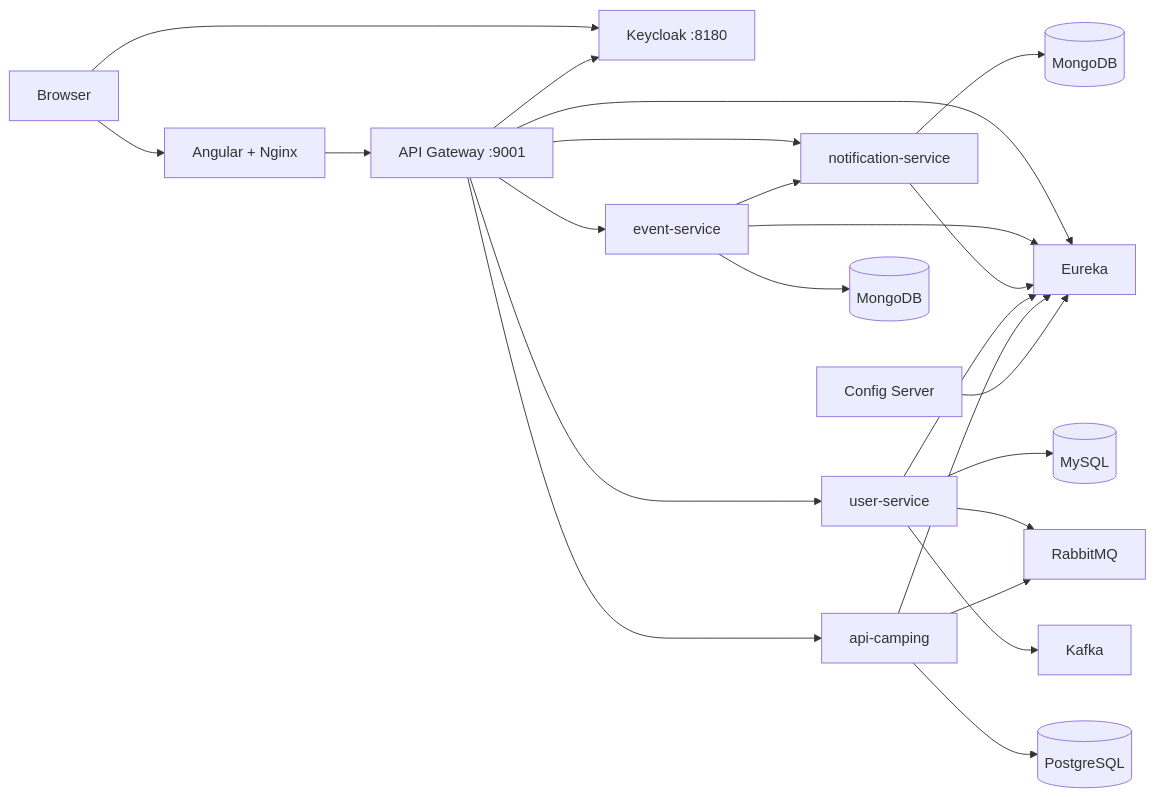
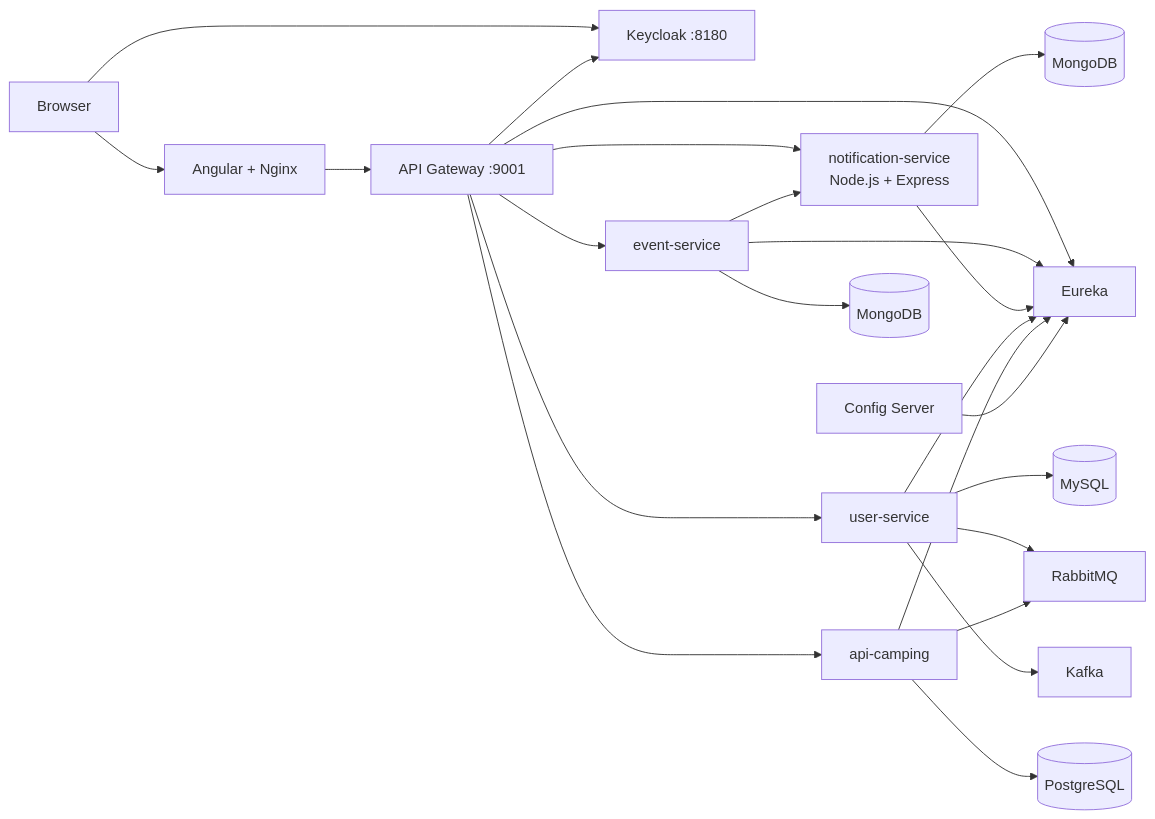
Before and after one commit to leaderscampconnect/campconnect-deployment: the diagram in README.md, drawn with Mermaid. The commit also changed other lines of this file and 1 other file, not shown here.

Commit message:
docs: update defense guide for Node notifications

````diff
--- a/README.md
+++ b/README.md
@@ -9,25 +9,25 @@
 ```mermaid
 flowchart LR
     Browser --> Frontend[Angular + Nginx]
     Frontend --> Gateway[API Gateway :9001]
     Browser --> Keycloak[Keycloak :8180]
     Gateway --> Keycloak
     Gateway --> Events[event-service]
-    Gateway --> Notifications[notification-service]
+    Gateway --> Notifications[notification-service<br/>Node.js + Express]
     Gateway --> Users[user-service]
     Gateway --> Camping[api-camping]
     Events --> Notifications
     Events --> EventMongo[(MongoDB)]
     Notifications --> NotificationMongo[(MongoDB)]
     Users --> MySQL[(MySQL)]
     Camping --> Postgres[(PostgreSQL)]
     Users --> RabbitMQ
     Camping --> RabbitMQ
     Users --> Kafka
     Gateway --> Eureka
     Events --> Eureka
     Notifications --> Eureka
     Users --> Eureka
     Camping --> Eureka
     Config[Config Server] --> Eureka
 ```
````
